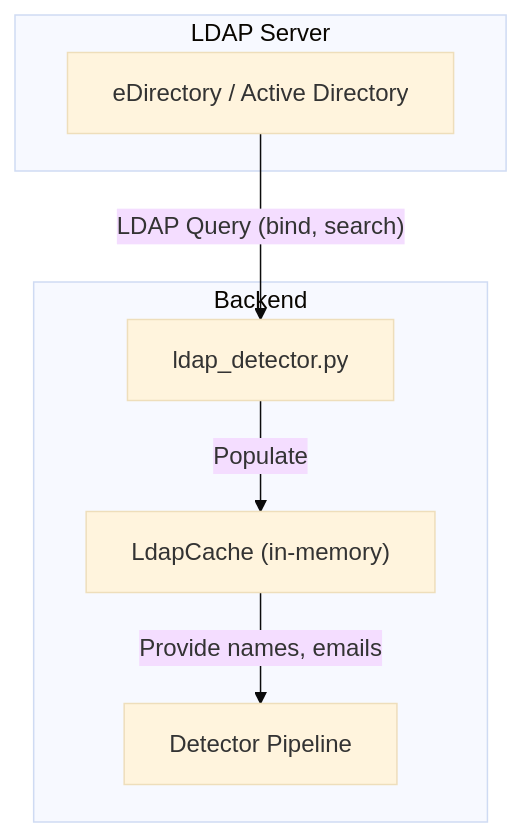
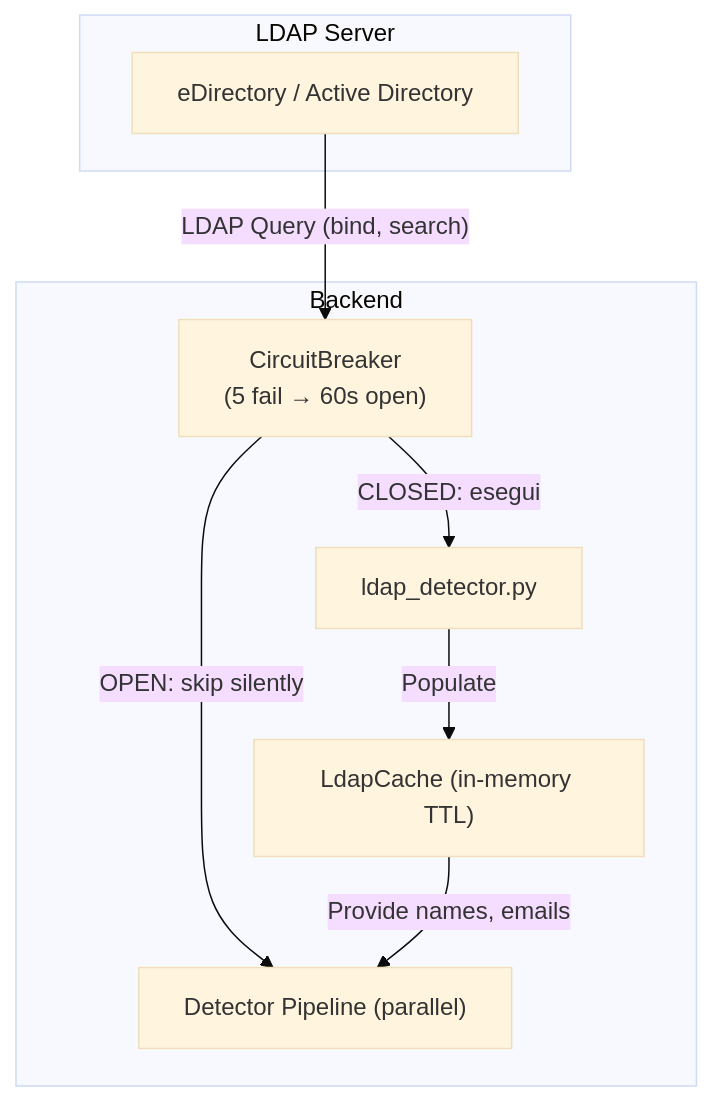
One commit to 3n1gm496/pseudonymization-tool changed the second of 2 diagrams in docs/02_Technical_Architecture.md. Above: the diagram before and after it, drawn with Mermaid (base theme). The commit also changed other lines of this file, not shown here.

First line of the commit message:
docs(architecture): ristruttura e aggiorna 02_Technical_Architecture.md a v5.2.1

````diff
--- a/docs/02_Technical_Architecture.md
+++ b/docs/02_Technical_Architecture.md
@@ -752,16 +358,19 @@
 ```mermaid
 graph TD
     subgraph LDAP Server
         eDirectory[eDirectory / Active Directory]
     end
 
     subgraph Backend
+        CircuitBreaker["CircuitBreaker<br/>(5 fail → 60s open)"]
         LdapDetector["ldap_detector.py"]
-        LdapCache["LdapCache (in-memory)"]
-        DetectorPipeline["Detector Pipeline"]
+        LdapCache["LdapCache (in-memory TTL)"]
+        DetectorPipeline["Detector Pipeline (parallel)"]
     end
 
-    eDirectory -- "LDAP Query (bind, search)" --> LdapDetector
+    eDirectory -- "LDAP Query (bind, search)" --> CircuitBreaker
+    CircuitBreaker -- "CLOSED: esegui" --> LdapDetector
+    CircuitBreaker -- "OPEN: skip silently" --> DetectorPipeline
     LdapDetector -- "Populate" --> LdapCache
     LdapCache -- "Provide names, emails" --> DetectorPipeline
 ```
````
